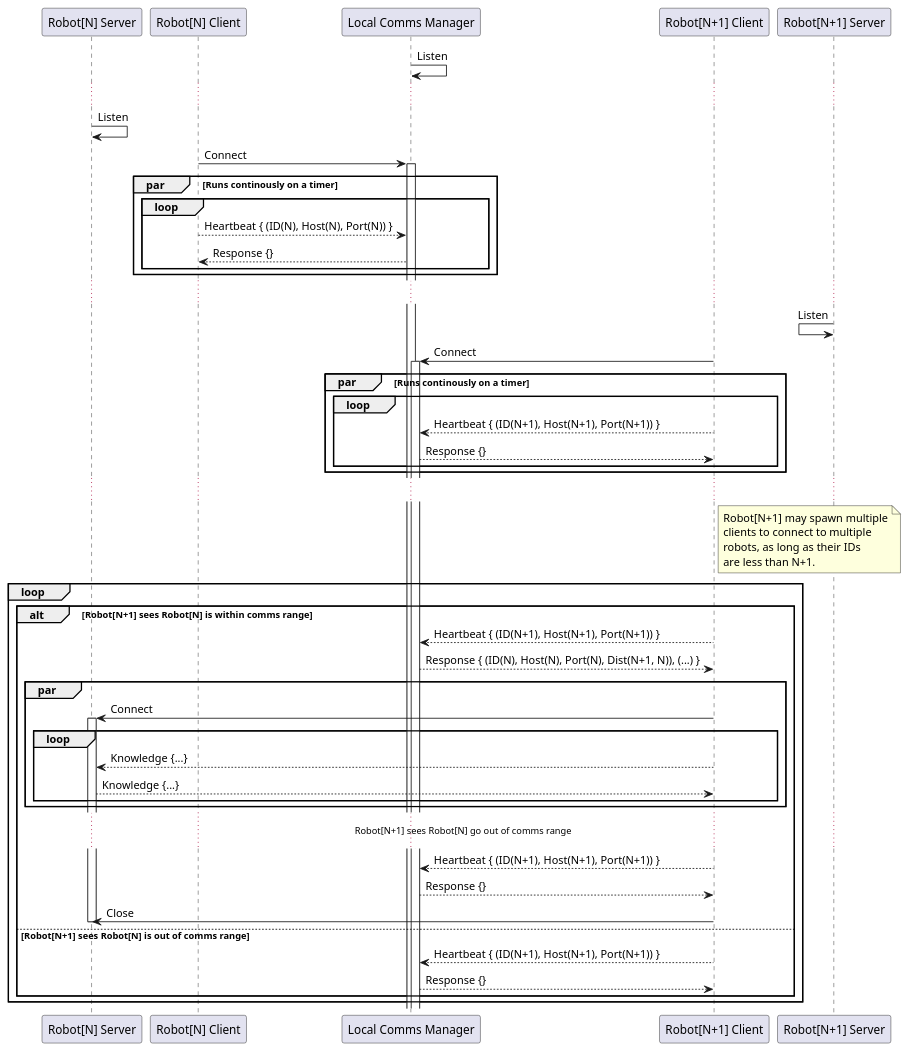
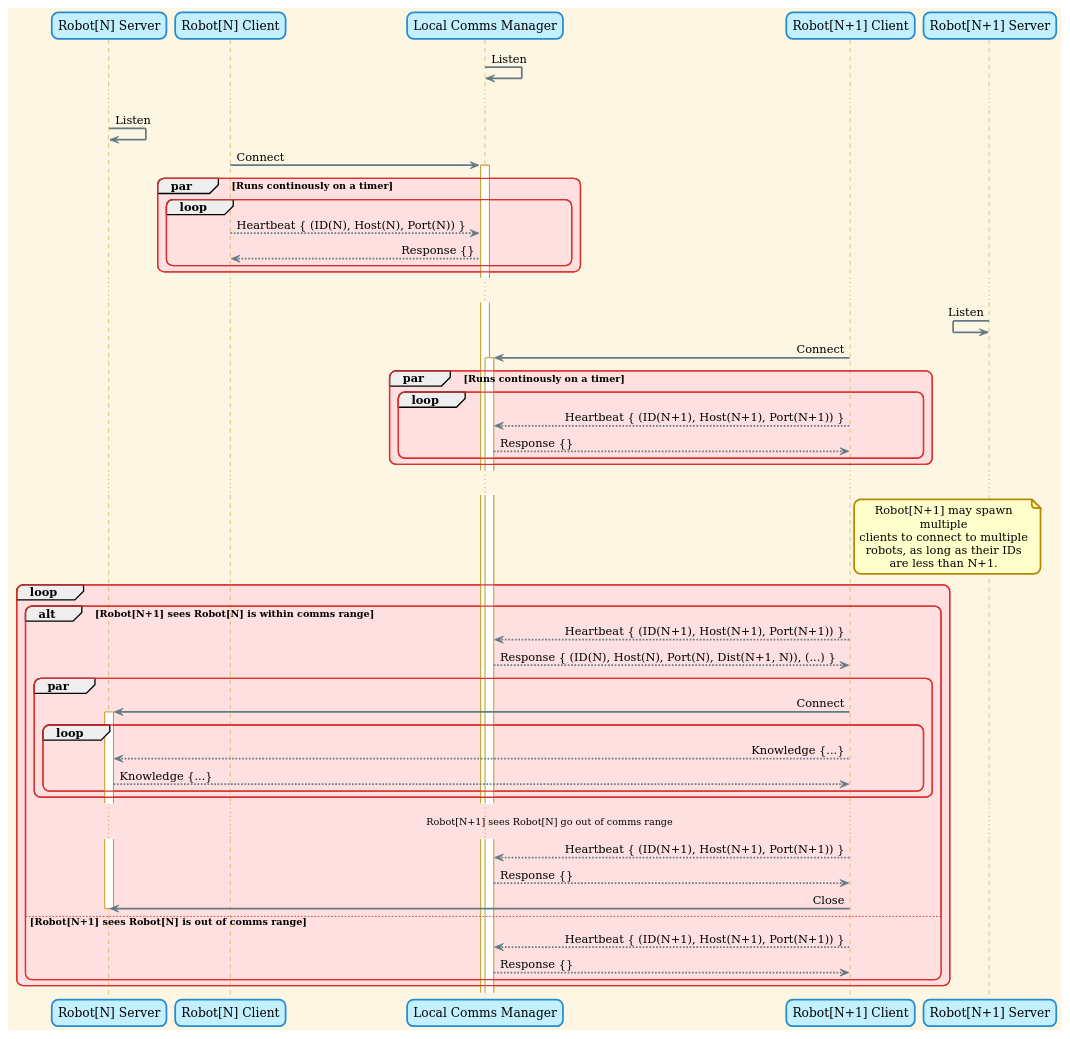
The diagram in ros_gz_lazy_agent_sim_applications/agent_local_comms_server/doc/comms_sequence.puml (eshjordan/lazy_agent_sim), drawn with PlantUML before and after one commit. The commit also changed 2 other files, not shown here.

Commit message:
Optimised layout of deployment diagram, set theme to sunlust for all diagrams

```diff
--- a/ros_gz_lazy_agent_sim_applications/agent_local_comms_server/doc/comms_sequence.puml
+++ b/ros_gz_lazy_agent_sim_applications/agent_local_comms_server/doc/comms_sequence.puml
@@ -1,71 +1,73 @@
 @startuml
+
+!theme sunlust
 
 participant "Robot[N] Server"
 participant "Robot[N] Client"
 participant "Local Comms Manager"
 participant "Robot[N+1] Client"
 participant "Robot[N+1] Server"
 
 "Local Comms Manager" -> "Local Comms Manager" : Listen
 
 ...
 
 "Robot[N] Server" -> "Robot[N] Server" : Listen
 "Robot[N] Client" -> "Local Comms Manager" : Connect
 activate "Local Comms Manager"
 
 par Runs continously on a timer
 loop
 "Robot[N] Client" --> "Local Comms Manager": Heartbeat { (ID(N), Host(N), Port(N)) }
 "Local Comms Manager" --> "Robot[N] Client": Response {}
 end
 end
 
 ...
 
 "Robot[N+1] Server" <- "Robot[N+1] Server" : Listen
 "Robot[N+1] Client" -> "Local Comms Manager" : Connect
 activate "Local Comms Manager"
 
 par Runs continously on a timer
 loop
 "Robot[N+1] Client" --> "Local Comms Manager": Heartbeat { (ID(N+1), Host(N+1), Port(N+1)) }
 "Local Comms Manager" --> "Robot[N+1] Client": Response {}
 end
 end
 
 ...
 
 note right of "Robot[N+1] Client"
 Robot[N+1] may spawn multiple
 clients to connect to multiple
 robots, as long as their IDs
 are less than N+1.
 end note
 
 loop
 alt Robot[N+1] sees Robot[N] is within comms range
 "Robot[N+1] Client" --> "Local Comms Manager": Heartbeat { (ID(N+1), Host(N+1), Port(N+1)) }
 "Local Comms Manager" --> "Robot[N+1] Client": Response { (ID(N), Host(N), Port(N), Dist(N+1, N)), (...) }
 par
 "Robot[N+1] Client" -> "Robot[N] Server": Connect
 activate "Robot[N] Server"
 loop
 "Robot[N+1] Client" --> "Robot[N] Server": Knowledge {...}
 "Robot[N] Server" --> "Robot[N+1] Client": Knowledge {...}
 end
 end
 ...Robot[N+1] sees Robot[N] go out of comms range...
 
 "Robot[N+1] Client" --> "Local Comms Manager": Heartbeat { (ID(N+1), Host(N+1), Port(N+1)) }
 "Local Comms Manager" --> "Robot[N+1] Client": Response {}
 "Robot[N+1] Client" -> "Robot[N] Server": Close
 deactivate "Robot[N] Server"
 
 else Robot[N+1] sees Robot[N] is out of comms range
 "Robot[N+1] Client" --> "Local Comms Manager": Heartbeat { (ID(N+1), Host(N+1), Port(N+1)) }
 "Local Comms Manager" --> "Robot[N+1] Client": Response {}
 end
 end
 
 @enduml
```
